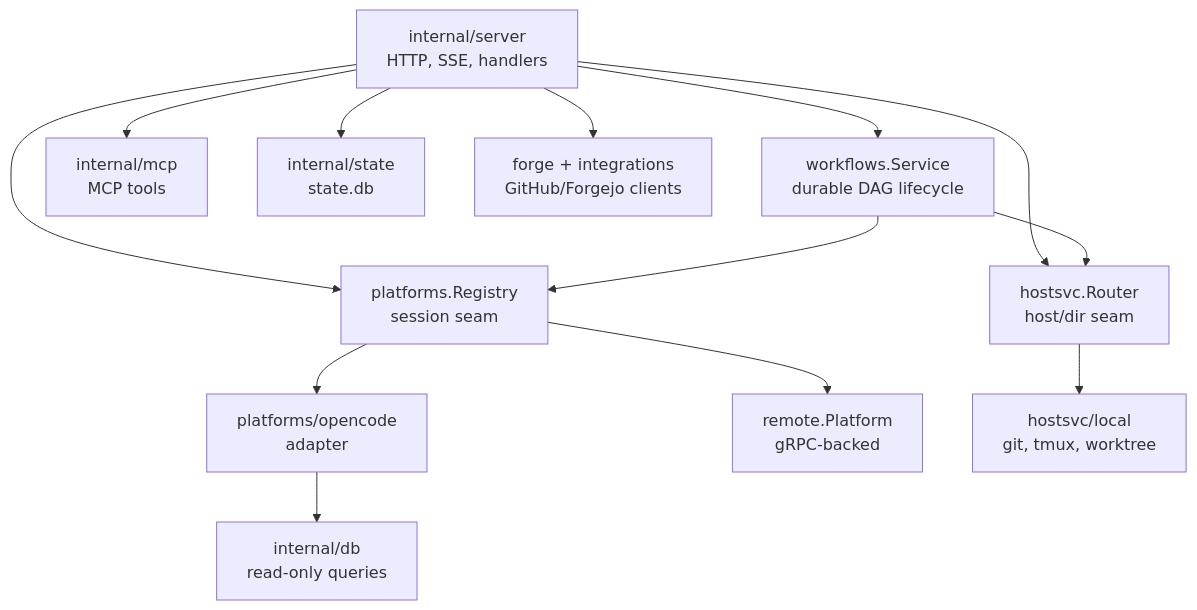
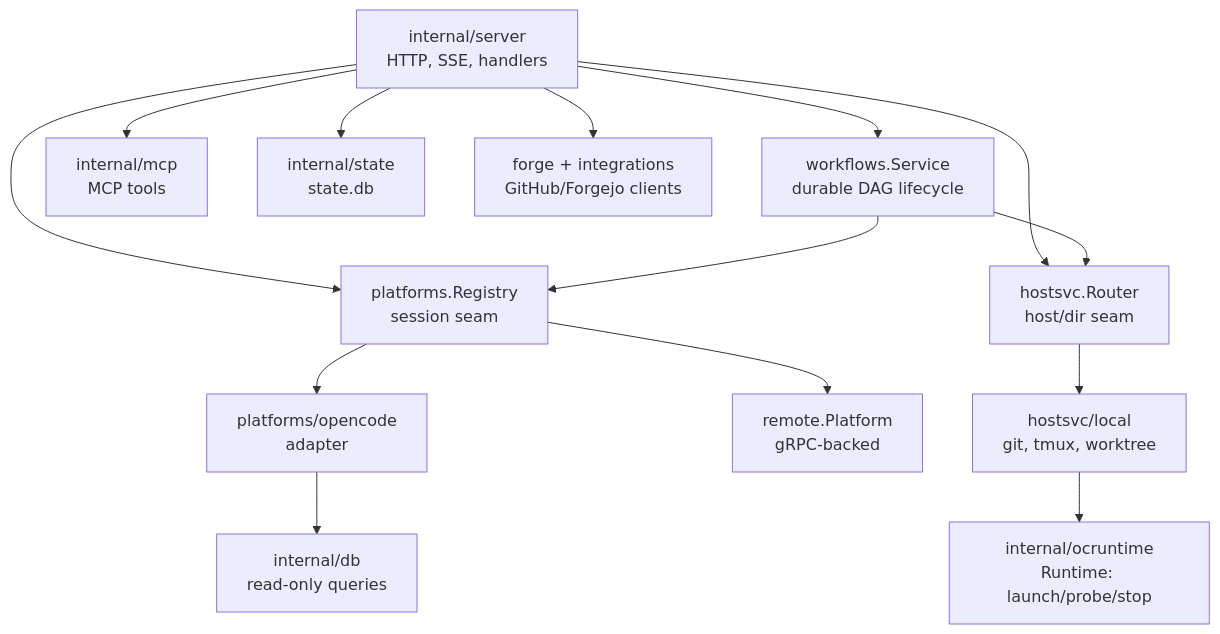
Before and after one commit to ocman/ocman: the second of 4 diagrams in docs/architecture.md, drawn with Mermaid. The commit also changed other lines of this file and 42 other files, not shown here.

````diff
--- a/docs/architecture.md
+++ b/docs/architecture.md
@@ -48,15 +48,16 @@
 ```mermaid
 flowchart TD
     Server[internal/server<br/>HTTP, SSE, handlers] --> Registry[platforms.Registry<br/>session seam]
     Server --> Router[hostsvc.Router<br/>host/dir seam]
     Server --> Workflows[workflows.Service<br/>durable DAG lifecycle]
     Workflows --> Registry
     Workflows --> Router
     Server --> MCP[internal/mcp<br/>MCP tools]
     Registry --> OC[platforms/opencode<br/>adapter]
     Registry --> RP[remote.Platform<br/>gRPC-backed]
     OC --> DB[internal/db<br/>read-only queries]
     Router --> Local[hostsvc/local<br/>git, tmux, worktree]
+    Local --> OCRT[internal/ocruntime<br/>Runtime: launch/probe/stop]
     Server --> State[internal/state<br/>state.db]
     Server --> Forge[forge + integrations<br/>GitHub/Forgejo clients]
 ```
````
